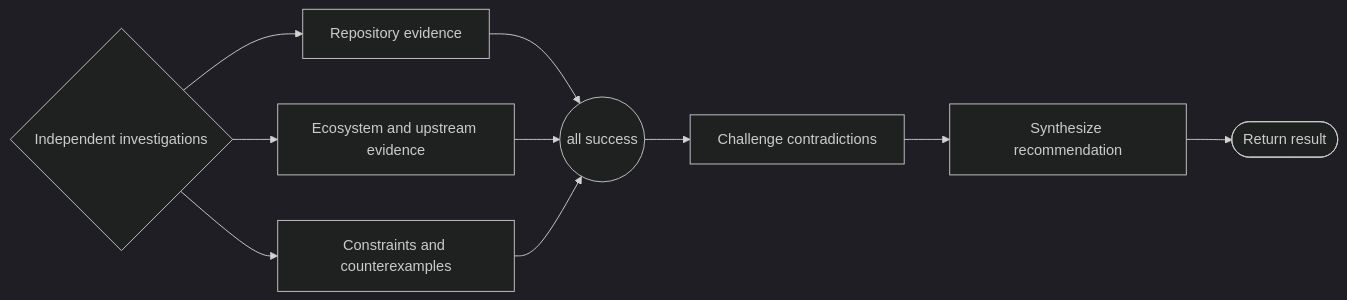
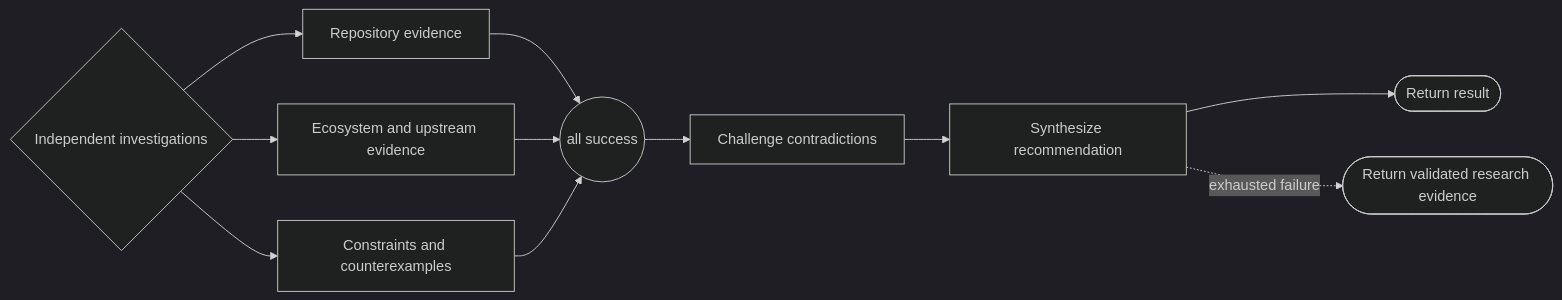
Before and after one commit to matthis-k/phenix-agent-harness: the diagram in modules/phenix-pi/definitions/workflows/sources/research.workflow.md, drawn with Mermaid (dark theme). The commit also changed other lines of this file and 9 other files, not shown here.

````diff
--- a/modules/phenix-pi/definitions/workflows/sources/research.workflow.md
+++ b/modules/phenix-pi/definitions/workflows/sources/research.workflow.md
@@ -16,13 +16,14 @@
 ```mermaid
 flowchart LR
     fanout{Independent investigations}
     fanout --> repository[Repository evidence]
     fanout --> ecosystem[Ecosystem and upstream evidence]
     fanout --> constraints[Constraints and counterexamples]
     repository --> join((all success))
     ecosystem --> join
     constraints --> join
     join --> challenge[Challenge contradictions]
     challenge --> finalize[Synthesize recommendation]
     finalize --> return([Return result])
+    finalize -. exhausted failure .-> fallback([Return validated research evidence])
 ```
````
